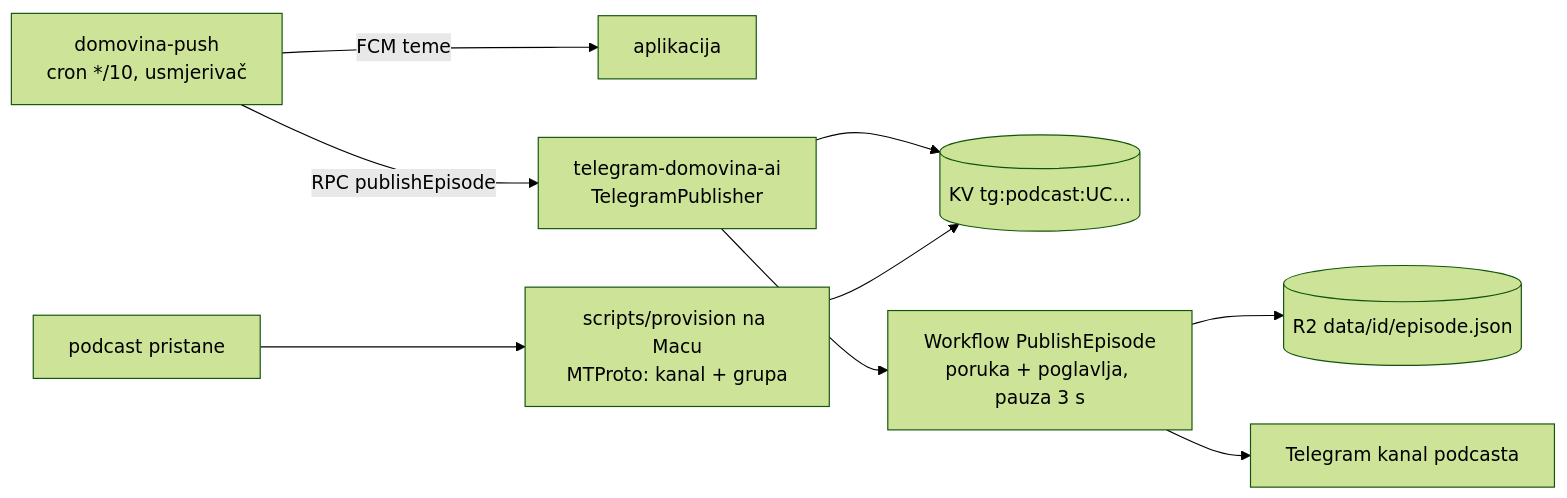
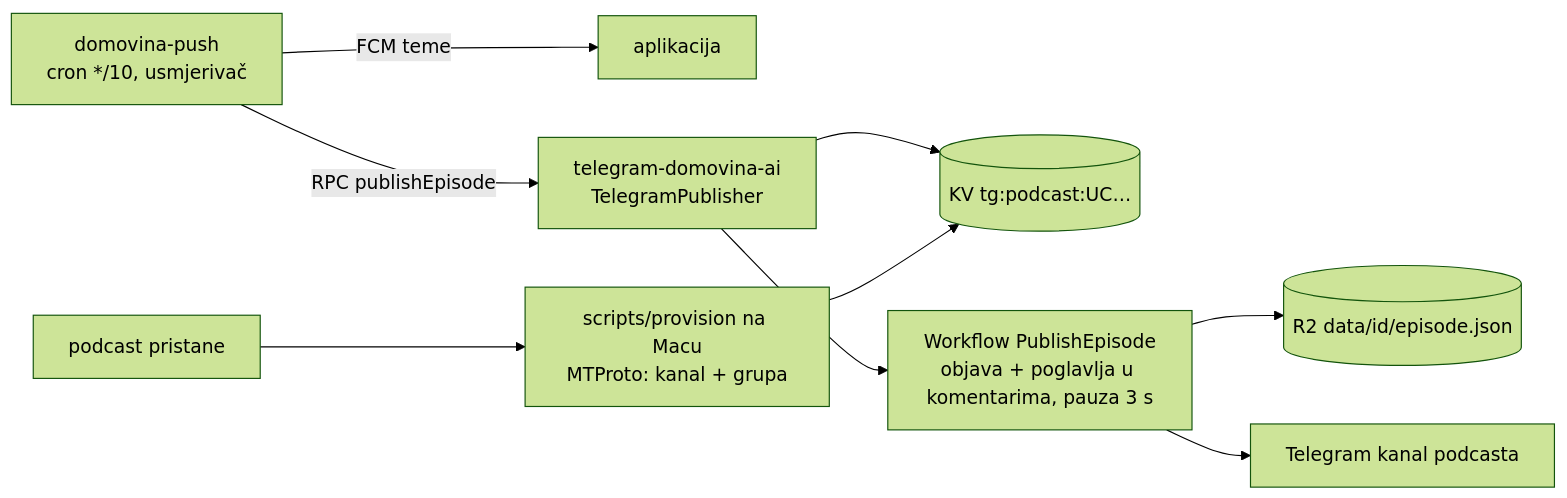
Before and after one commit to domovinatv/telegram.domovina.ai: the diagram in README.md, drawn with Mermaid (forest theme). The commit also changed other lines of this file and 10 other files, not shown here.

````diff
--- a/README.md
+++ b/README.md
@@ -15,11 +16,11 @@
 ```mermaid
 flowchart LR
   P["domovina-push<br/>cron */10, usmjerivač"] -->|"FCM teme"| F["aplikacija"]
   P -->|"RPC publishEpisode"| T["telegram-domovina-ai<br/>TelegramPublisher"]
   T --> K[("KV tg:podcast:UC…")]
-  T --> W["Workflow PublishEpisode<br/>poruka + poglavlja, pauza 3 s"]
+  T --> W["Workflow PublishEpisode<br/>objava + poglavlja u komentarima, pauza 3 s"]
   W --> R[("R2 data/id/episode.json")]
   W --> C["Telegram kanal podcasta"]
   V["podcast pristane"] --> M["scripts/provision na Macu<br/>MTProto: kanal + grupa"]
   M --> K
 ```
````
